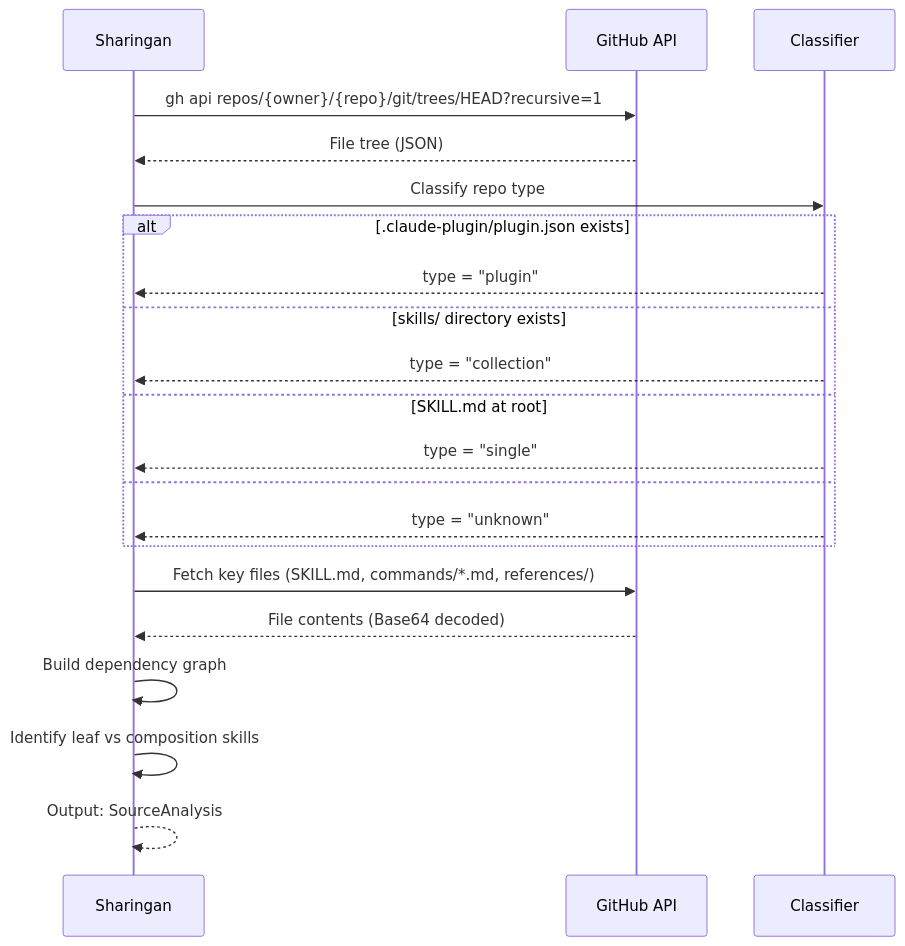
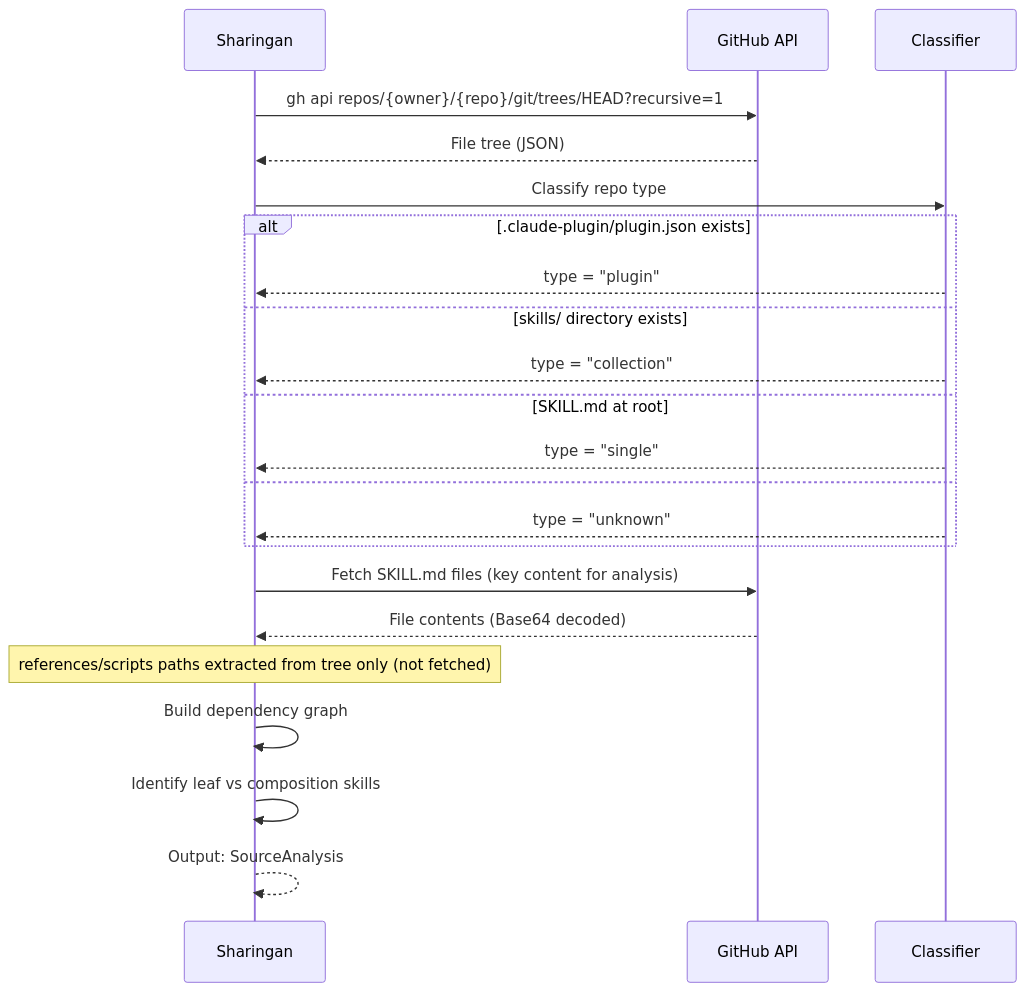
The second of 5 diagrams in docs/features/sharingan/2-tech-spec.md (jupiter-Pulin/Uranus-dev-flow), drawn with Mermaid before and after one commit. The commit also changed other lines of this file and 2 other files, not shown here.

````diff
--- a/docs/features/sharingan/2-tech-spec.md
+++ b/docs/features/sharingan/2-tech-spec.md
@@ -211,24 +219,25 @@
 ```mermaid
 sequenceDiagram
     participant S as Sharingan
     participant GH as GitHub API
     participant A as Classifier
 
     S->>GH: gh api repos/{owner}/{repo}/git/trees/HEAD?recursive=1
     GH-->>S: File tree (JSON)
     S->>A: Classify repo type
     alt .claude-plugin/plugin.json exists
         A-->>S: type = "plugin"
     else skills/ directory exists
         A-->>S: type = "collection"
     else SKILL.md at root
         A-->>S: type = "single"
     else
         A-->>S: type = "unknown"
     end
-    S->>GH: Fetch key files (SKILL.md, commands/*.md, references/)
+    S->>GH: Fetch SKILL.md files (key content for analysis)
     GH-->>S: File contents (Base64 decoded)
+    Note over S: references/scripts paths extracted from tree only (not fetched)
     S->>S: Build dependency graph
     S->>S: Identify leaf vs composition skills
     S-->>S: Output: SourceAnalysis
 ```
````
